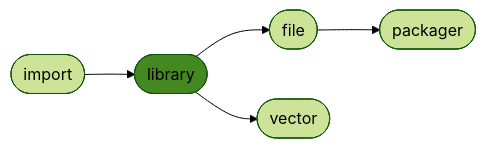
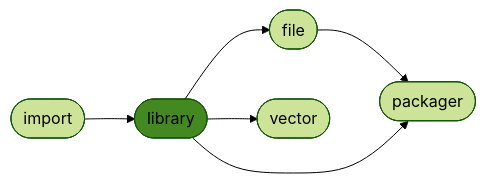
The diagram in README.md (ManderaGeneral/generallibrary), drawn with Mermaid (forest theme) before and after one commit. The commit also changed other lines of this file, not shown here.

````diff
--- a/README.md
+++ b/README.md
@@ -16,13 +16,14 @@
 ```mermaid
 flowchart LR
-2([file]) --> 3([packager])
-0([library]) --> 4([vector])
-1([import]) --> 0([library])
-0([library]) --> 2([file])
-click 0 "https://github.com/ManderaGeneral/generallibrary"
-click 1 "https://github.com/ManderaGeneral/generalimport"
+2([file]) --> 4([packager])
+1([library]) --> 3([vector])
+1([library]) --> 2([file])
+1([library]) --> 4([packager])
+0([import]) --> 1([library])
+click 0 "https://github.com/ManderaGeneral/generalimport"
+click 1 "https://github.com/ManderaGeneral/generallibrary"
 click 2 "https://github.com/ManderaGeneral/generalfile"
-click 3 "https://github.com/ManderaGeneral/generalpackager"
-click 4 "https://github.com/ManderaGeneral/generalvector"
-style 0 fill:#482
+click 3 "https://github.com/ManderaGeneral/generalvector"
+click 4 "https://github.com/ManderaGeneral/generalpackager"
+style 1 fill:#482
 ```
````
